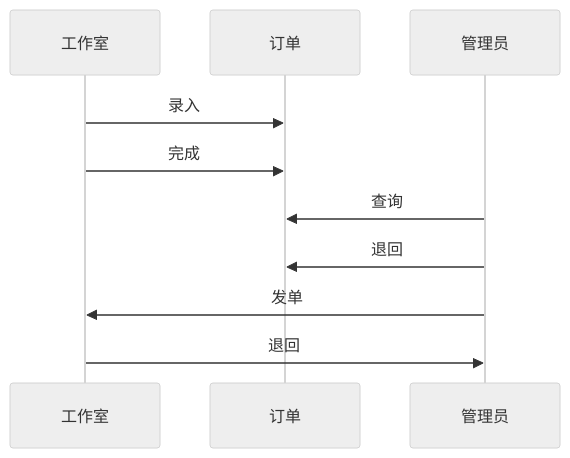
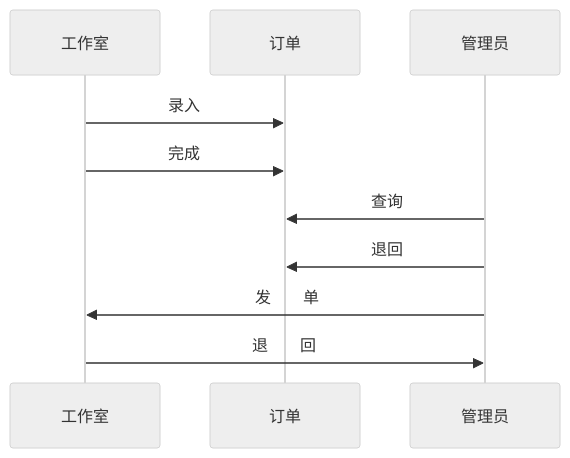
One commit to changjingli/project changed the first of 2 diagrams in 20161017 - 游戏代练系统/文档/《游戏代练系统》需求分析.md. Above: the diagram before and after it, drawn with Mermaid (neutral theme). The commit also changed other lines of this file and 2 other files, not shown here.

````diff
--- a/20161017 - 游戏代练系统/文档/《游戏代练系统》需求分析.md
+++ b/20161017 - 游戏代练系统/文档/《游戏代练系统》需求分析.md
@@ -15,11 +15,11 @@
 ``` mermaid
 sequenceDiagram
 工作室->> 订单: 录入
 工作室->> 订单: 完成
 
 管理员->> 订单: 查询
 管理员->> 订单: 退回
 
-管理员->> 工作室: 发单
-工作室->> 管理员: 退回
+管理员->> 工作室: 发　　单
+工作室->> 管理员: 退　　回
 ```
````
